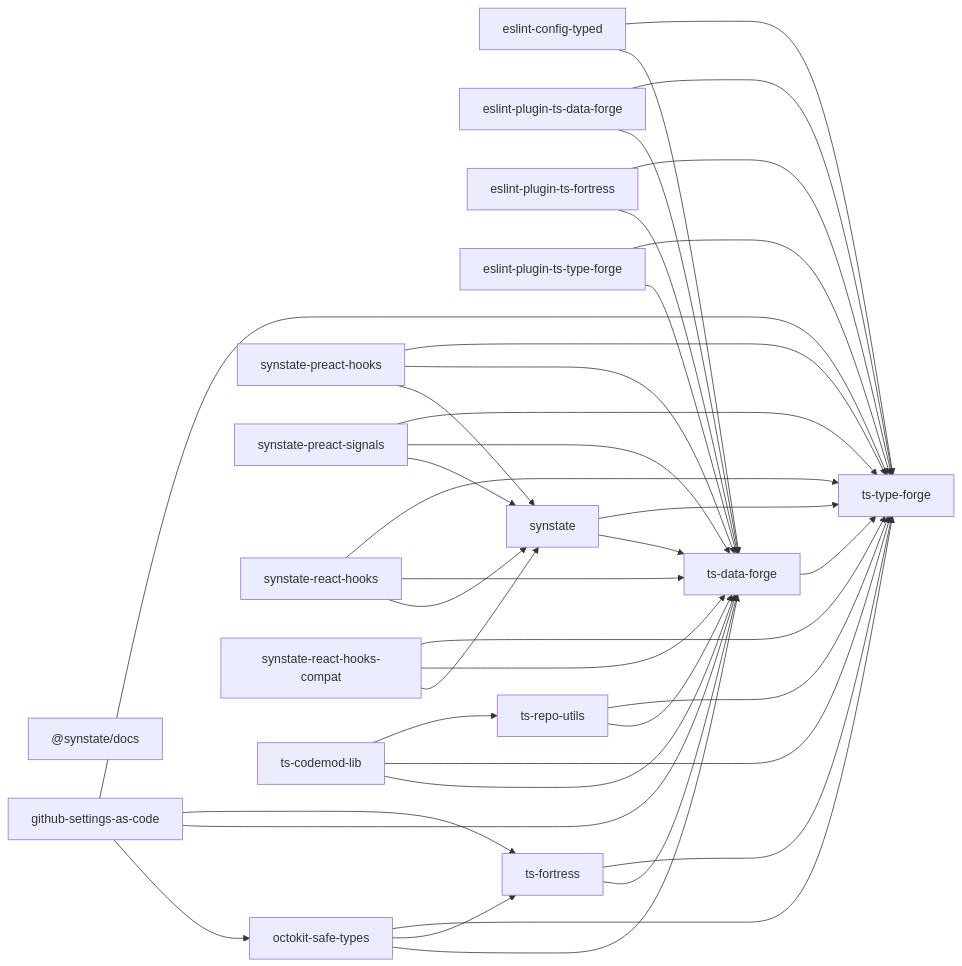
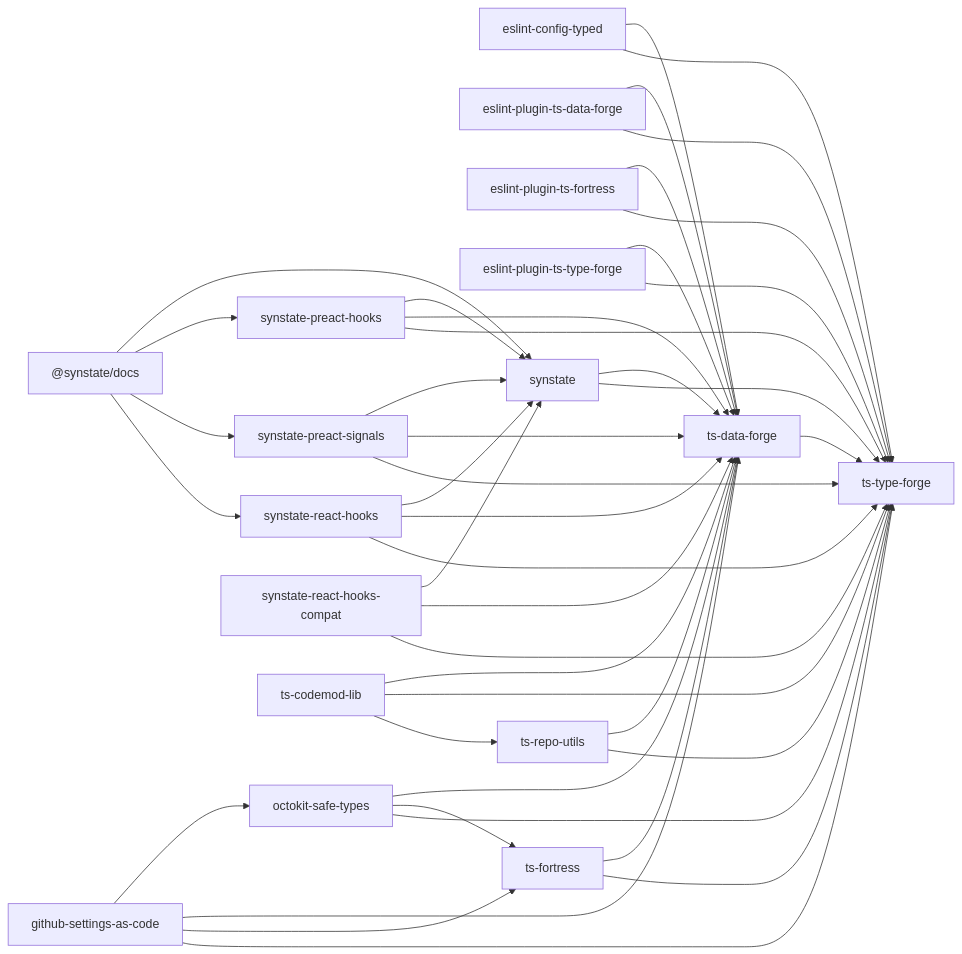
One commit to noshiro-pf/mono changed the diagram in docs/package-dependencies.md. Above: the diagram before and after it, drawn with Mermaid. The commit also changed other lines of this file and 69 other files, not shown here.

````diff
--- a/docs/package-dependencies.md
+++ b/docs/package-dependencies.md
@@ -13,57 +13,61 @@
 ```mermaid
 graph LR
   _synstate_docs["@synstate/docs"]
   eslint_config_typed["eslint-config-typed"]
   eslint_plugin_ts_data_forge["eslint-plugin-ts-data-forge"]
   eslint_plugin_ts_fortress["eslint-plugin-ts-fortress"]
   eslint_plugin_ts_type_forge["eslint-plugin-ts-type-forge"]
   github_settings_as_code["github-settings-as-code"]
   octokit_safe_types["octokit-safe-types"]
   synstate["synstate"]
   synstate_preact_hooks["synstate-preact-hooks"]
   synstate_preact_signals["synstate-preact-signals"]
   synstate_react_hooks["synstate-react-hooks"]
   synstate_react_hooks_compat["synstate-react-hooks-compat"]
   ts_codemod_lib["ts-codemod-lib"]
   ts_data_forge["ts-data-forge"]
   ts_fortress["ts-fortress"]
   ts_repo_utils["ts-repo-utils"]
   ts_type_forge["ts-type-forge"]
+  _synstate_docs --> synstate
+  _synstate_docs --> synstate_preact_hooks
+  _synstate_docs --> synstate_preact_signals
+  _synstate_docs --> synstate_react_hooks
   eslint_config_typed --> ts_data_forge
   eslint_config_typed --> ts_type_forge
   eslint_plugin_ts_data_forge --> ts_data_forge
   eslint_plugin_ts_data_forge --> ts_type_forge
   eslint_plugin_ts_fortress --> ts_data_forge
   eslint_plugin_ts_fortress --> ts_type_forge
   eslint_plugin_ts_type_forge --> ts_data_forge
   eslint_plugin_ts_type_forge --> ts_type_forge
   github_settings_as_code --> octokit_safe_types
   github_settings_as_code --> ts_data_forge
   github_settings_as_code --> ts_fortress
   github_settings_as_code --> ts_type_forge
   octokit_safe_types --> ts_data_forge
   octokit_safe_types --> ts_fortress
   octokit_safe_types --> ts_type_forge
   synstate --> ts_data_forge
   synstate --> ts_type_forge
   synstate_preact_hooks --> synstate
   synstate_preact_hooks --> ts_data_forge
   synstate_preact_hooks --> ts_type_forge
   synstate_preact_signals --> synstate
   synstate_preact_signals --> ts_data_forge
   synstate_preact_signals --> ts_type_forge
   synstate_react_hooks --> synstate
   synstate_react_hooks --> ts_data_forge
   synstate_react_hooks --> ts_type_forge
   synstate_react_hooks_compat --> synstate
   synstate_react_hooks_compat --> ts_data_forge
   synstate_react_hooks_compat --> ts_type_forge
   ts_codemod_lib --> ts_data_forge
   ts_codemod_lib --> ts_type_forge
   ts_codemod_lib --> ts_repo_utils
   ts_data_forge --> ts_type_forge
   ts_fortress --> ts_data_forge
   ts_fortress --> ts_type_forge
   ts_repo_utils --> ts_data_forge
   ts_repo_utils --> ts_type_forge
 ```
````
